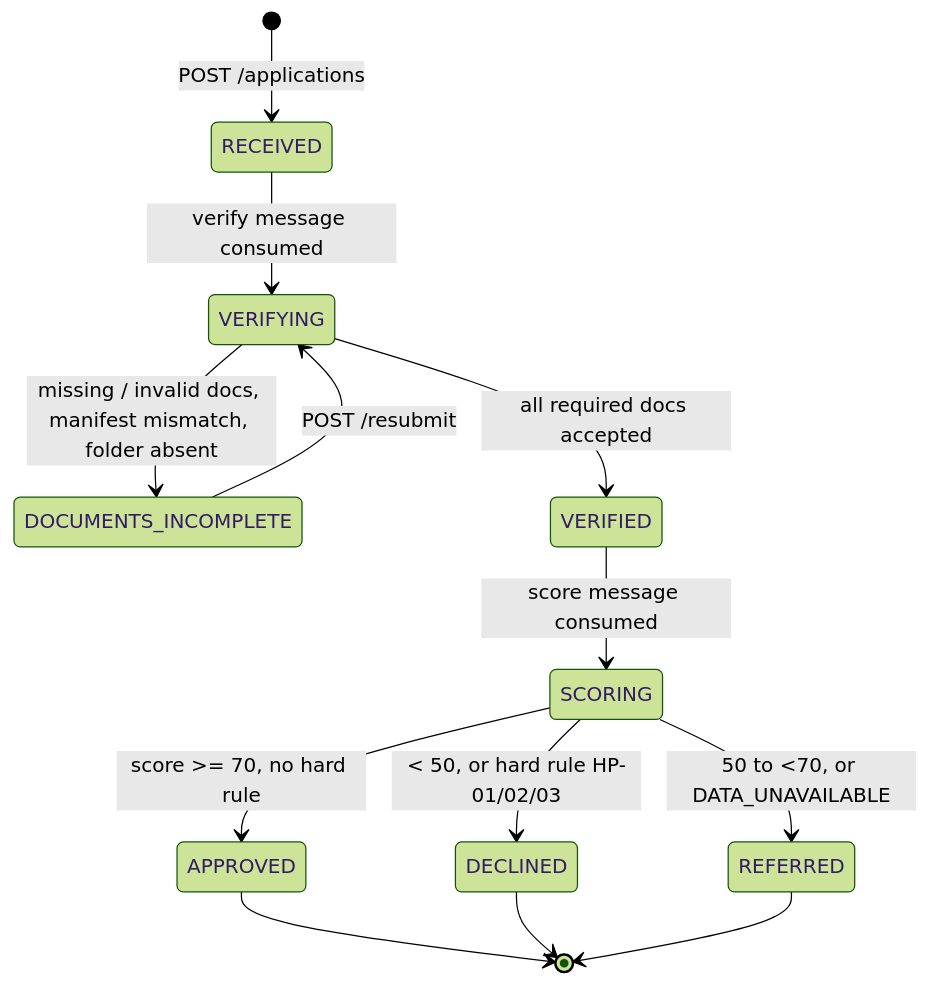
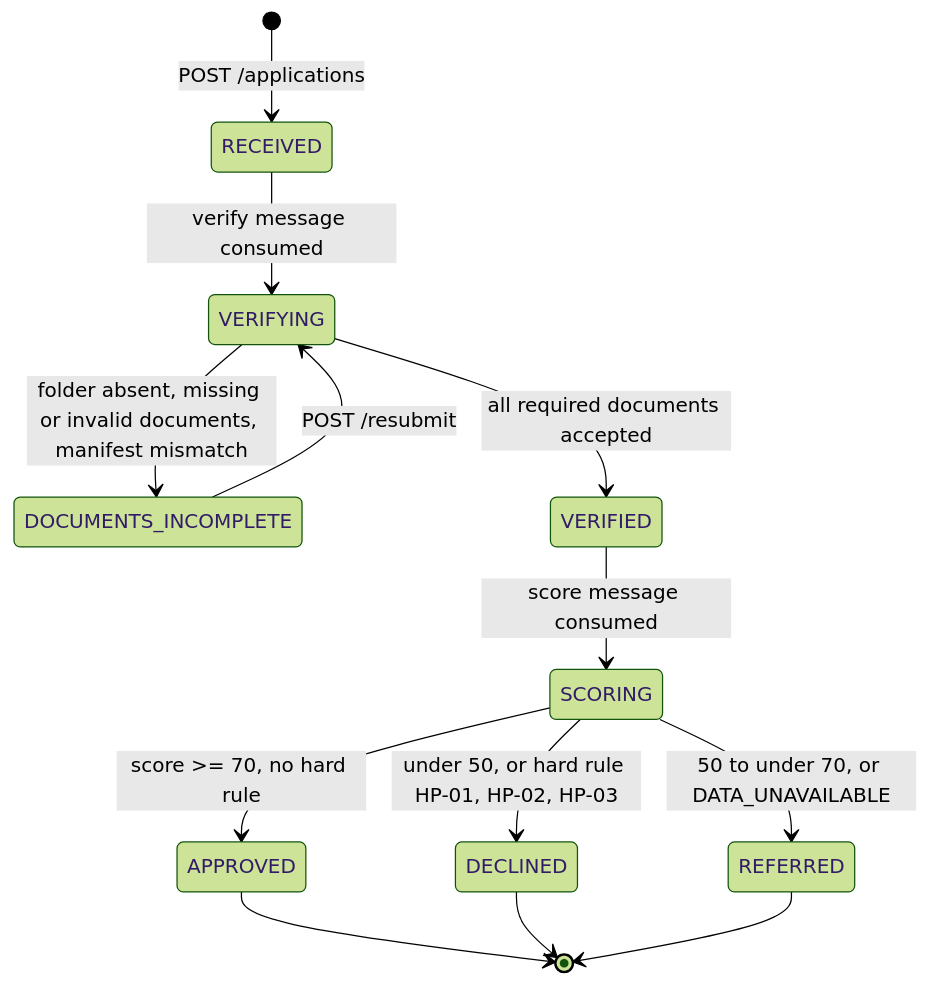
Before and after one commit to Aritraghoshdastidar/Use_Case_22_Banking_Loan_Application_Processing: the second of 8 diagrams in docs/HLD.md, drawn with Mermaid (forest theme). The commit also changed other lines of this file and 13 other files, not shown here.

````diff
--- a/docs/HLD.md
+++ b/docs/HLD.md
@@ -78,15 +85,15 @@
 ```mermaid
 stateDiagram-v2
     [*] --> RECEIVED: POST /applications
     RECEIVED --> VERIFYING: verify message consumed
-    VERIFYING --> DOCUMENTS_INCOMPLETE: missing / invalid docs, manifest mismatch, folder absent
+    VERIFYING --> DOCUMENTS_INCOMPLETE: folder absent, missing or invalid documents, manifest mismatch
     DOCUMENTS_INCOMPLETE --> VERIFYING: POST /resubmit
-    VERIFYING --> VERIFIED: all required docs accepted
+    VERIFYING --> VERIFIED: all required documents accepted
     VERIFIED --> SCORING: score message consumed
     SCORING --> APPROVED: score >= 70, no hard rule
-    SCORING --> REFERRED: 50 to <70, or DATA_UNAVAILABLE
-    SCORING --> DECLINED: < 50, or hard rule HP-01/02/03
+    SCORING --> REFERRED: 50 to under 70, or DATA_UNAVAILABLE
+    SCORING --> DECLINED: under 50, or hard rule HP-01, HP-02, HP-03
     APPROVED --> [*]
     DECLINED --> [*]
     REFERRED --> [*]
 ```
````
